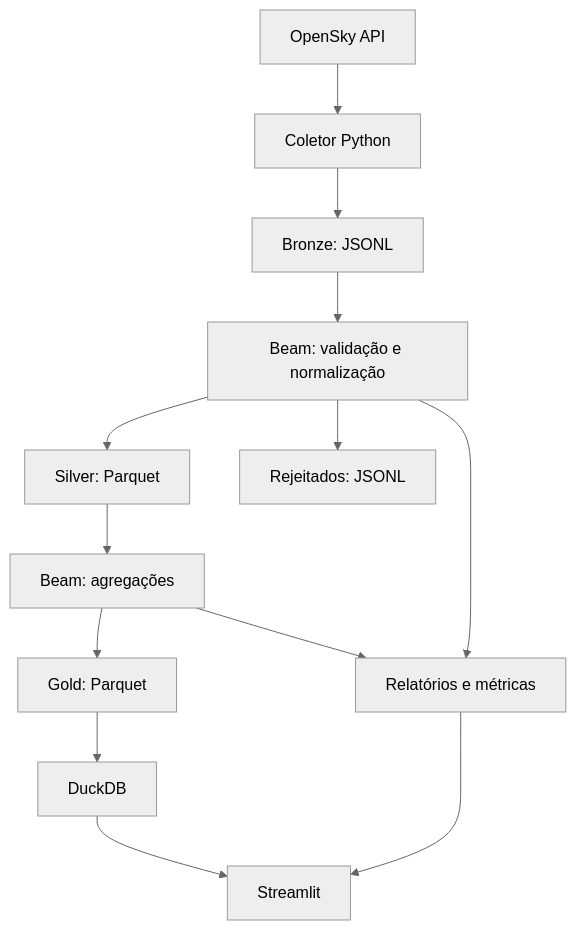
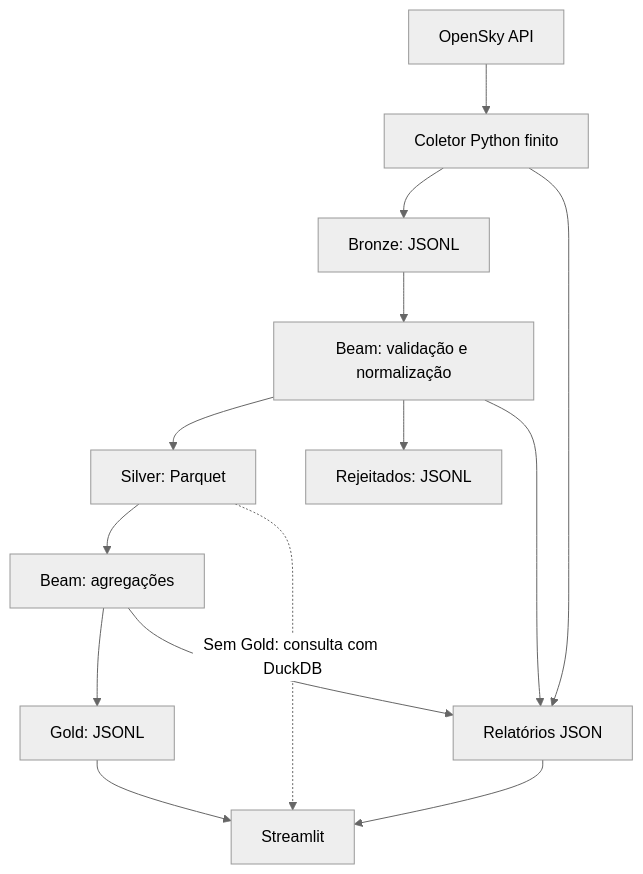
Before and after one commit to Lal3x/air-traffic-medallion-pipeline: the diagram in docs/architecture.md, drawn with Mermaid (neutral theme). The commit also changed other lines of this file and 15 other files, not shown here.

````diff
--- a/docs/architecture.md
+++ b/docs/architecture.md
@@ -3,15 +3,16 @@
 ```mermaid
 flowchart TD
-    API["OpenSky API"] --> Collector["Coletor Python"]
-    Collector --> Bronze["Bronze: JSONL"]
-    Bronze --> Beam1["Beam: validação e normalização"]
-    Beam1 --> Silver["Silver: Parquet"]
-    Beam1 --> Rejected["Rejeitados: JSONL"]
-    Silver --> Beam2["Beam: agregações"]
-    Beam2 --> Gold["Gold: Parquet"]
-    Gold --> DuckDB["DuckDB"]
-    DuckDB --> Streamlit["Streamlit"]
-    Beam1 --> Obs["Relatórios e métricas"]
+    API[OpenSky API] --> Collector[Coletor Python finito]
+    Collector --> Bronze[Bronze: JSONL]
+    Bronze --> Beam1[Beam: validação e normalização]
+    Beam1 --> Silver[Silver: Parquet]
+    Beam1 --> Rejected[Rejeitados: JSONL]
+    Silver --> Beam2[Beam: agregações]
+    Beam2 --> Gold[Gold: JSONL]
+    Gold --> Streamlit[Streamlit]
+    Silver -. Sem Gold: consulta com DuckDB .-> Streamlit
+    Collector --> Obs[Relatórios JSON]
+    Beam1 --> Obs
     Beam2 --> Obs
     Obs --> Streamlit
 ```
````
